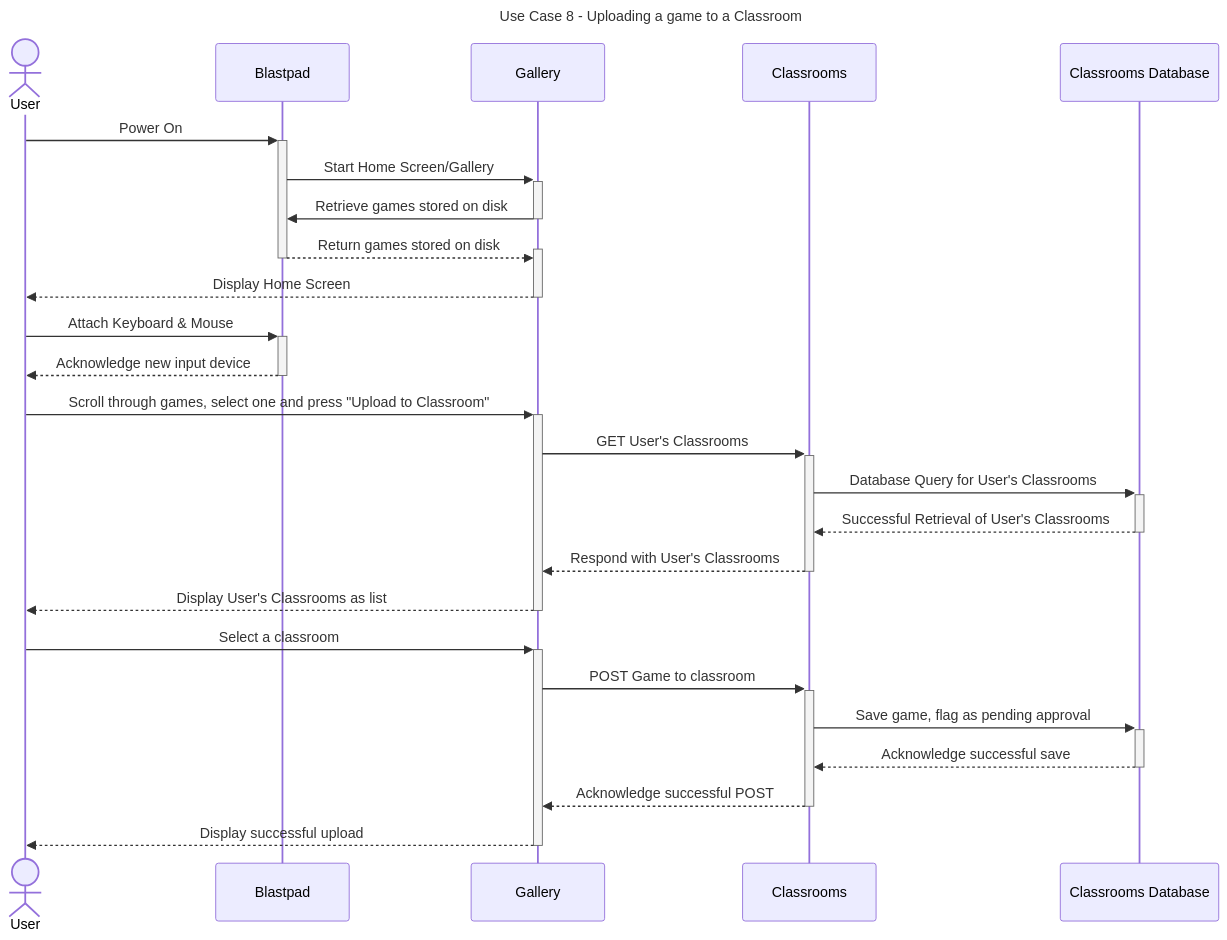
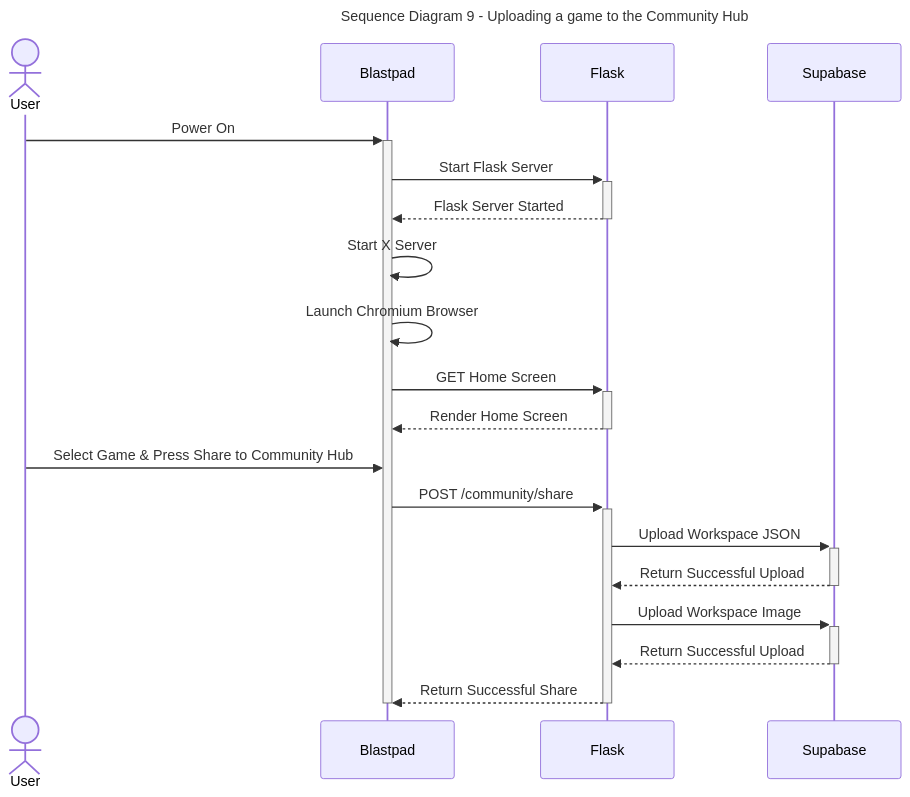
One commit to Capstone-Projects-2024-Spring/project-blastpad changed the ninth of 11 diagrams in documentation/docs/requirements/use-case-descriptions.md. Above: the diagram before and after it, drawn with Mermaid. The commit also changed other lines of this file and 3 other files, not shown here.

Commit message:
Use Case Seq Diagrams

````diff
--- a/documentation/docs/requirements/use-case-descriptions.md
+++ b/documentation/docs/requirements/use-case-descriptions.md
@@ -325,33 +382,29 @@
 ```mermaid
 ---
-title: "Use Case 8 - Uploading a game to a Classroom"
+title: "Sequence Diagram 9 - Uploading a game to the Community Hub"
 ---
 
 sequenceDiagram
 actor User
 User->>+Blastpad: Power On
-Blastpad->>+Gallery: Start Home Screen/Gallery
-Gallery->>-Blastpad: Retrieve games stored on disk
-Blastpad-->>+Gallery: Return games stored on disk
-deactivate Blastpad	
-Gallery-->>-User: Display Home Screen
+Blastpad->>+Flask: Start Flask Server
+Flask-->>-Blastpad: Flask Server Started
 
-User->>+Blastpad: Attach Keyboard & Mouse
-Blastpad-->>-User: Acknowledge new input device
+Blastpad->>Blastpad: Start X Server
+Blastpad->>Blastpad: Launch Chromium Browser
 
+Blastpad->>+Flask: GET Home Screen
+Flask-->>-Blastpad: Render Home Screen
+User->>Blastpad: Select Game & Press Share to Community Hub
 
-User->>+Gallery: Scroll through games, select one and press "Upload to Classroom"
+Blastpad->>+Flask: POST /community/share
+Flask->>+Supabase: Upload Workspace JSON
+Supabase-->>-Flask: Return Successful Upload
 
-Gallery->>+Classrooms: GET User's Classrooms
-Classrooms->>+Classrooms Database: Database Query for User's Classrooms
-Classrooms Database-->>-Classrooms: Successful Retrieval of User's Classrooms
-Classrooms-->>-Gallery: Respond with User's Classrooms
-Gallery-->>-User: Display User's Classrooms as list
-User->>+Gallery: Select a classroom
-Gallery->>+Classrooms: POST Game to classroom
-Classrooms->>+Classrooms Database: Save game, flag as pending approval
-Classrooms Database-->>-Classrooms: Acknowledge successful save
-Classrooms-->>-Gallery: Acknowledge successful POST
-Gallery-->>-User: Display successful upload
+Flask->>+Supabase: Upload Workspace Image
+Supabase-->>-Flask: Return Successful Upload
 
+Flask-->>-Blastpad: Return Successful Share
+
+deactivate Blastpad
 ```
````
